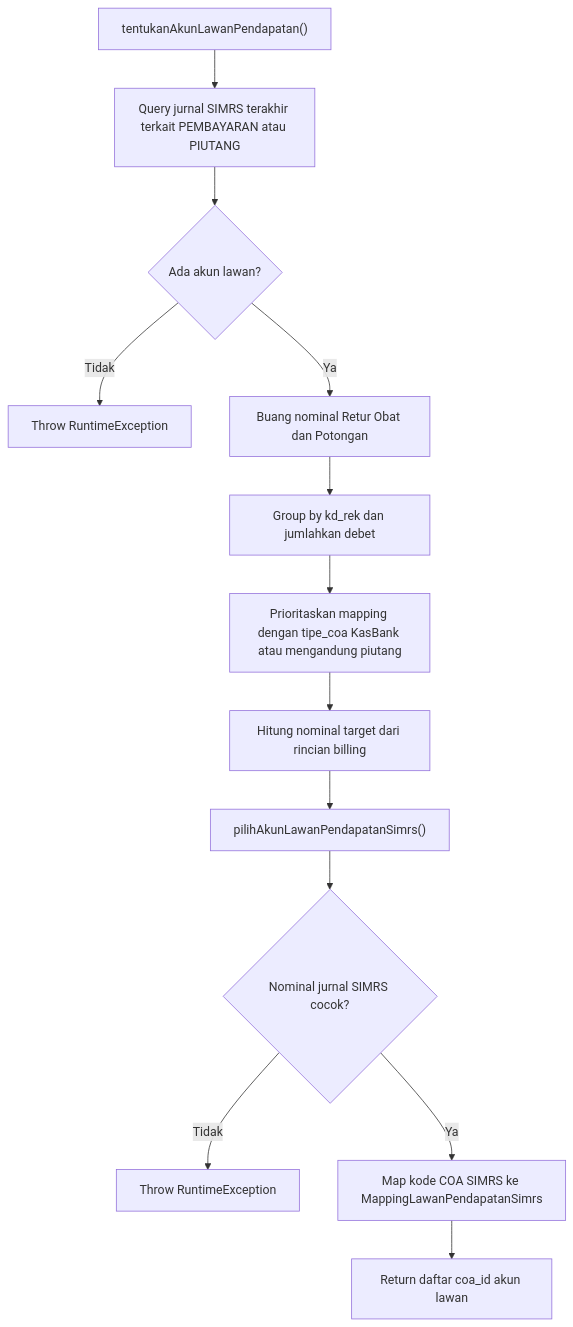
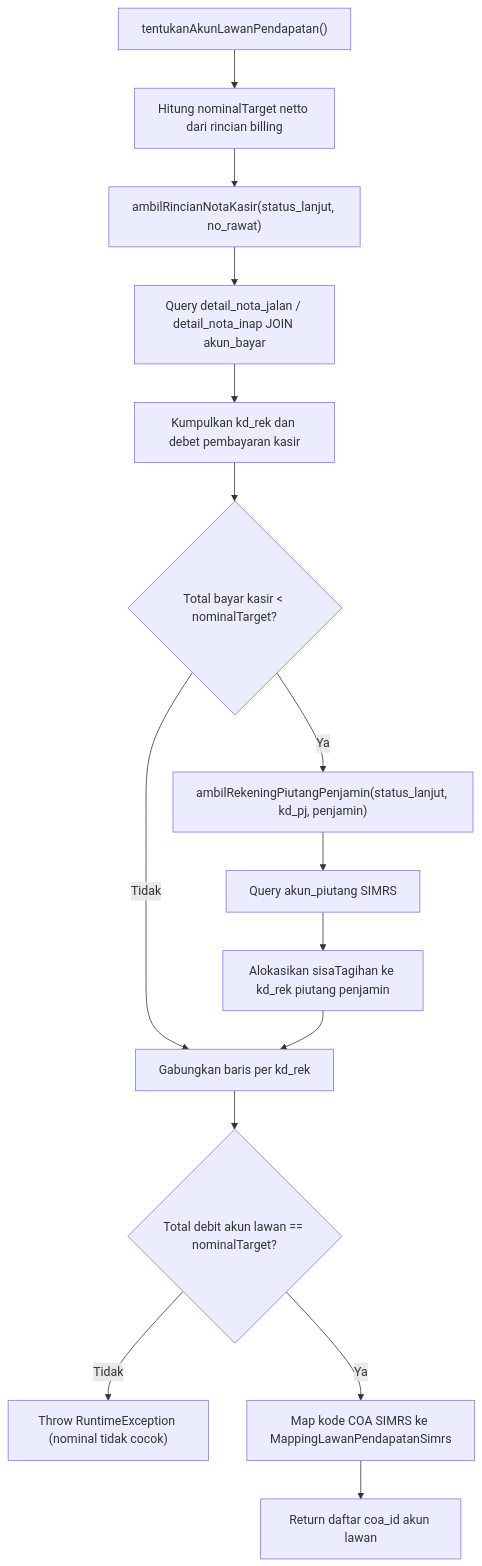
Before and after one commit to AltamaSidoarjo/laravel-siakurat-pt-smt: the fourth of 6 diagrams in dokumentasi/bridging-pendapatan.md, drawn with Mermaid. The commit also changed other lines of this file and 2 other files, not shown here.

Commit message:
feat(bridging): ambil akun lawan pendapatan dari cara bayar kasir dan piutang SIMRS
- Ganti pengambilan akun lawan dari jurnal SIMRS ke nota kasir dan piutang penjamin

- Dukung pembayaran multi-akun (split nota kasir dan sisa piutang)

- Terapkan validasi ketat kesesuaian total pembayaran dengan target billing

- Perbarui unit test dan dokumentasi bridging pendapatan

````diff
--- a/dokumentasi/bridging-pendapatan.md
+++ b/dokumentasi/bridging-pendapatan.md
@@ -174,15 +174,17 @@
 ```mermaid
 flowchart TD
-    A["tentukanAkunLawanPendapatan()"] --> B["Query jurnal SIMRS terakhir terkait PEMBAYARAN atau PIUTANG"]
-    B --> C{"Ada akun lawan?"}
-    C -- Tidak --> D["Throw RuntimeException"]
-    C -- Ya --> E["Buang nominal Retur Obat dan Potongan"]
-    E --> F["Group by kd_rek dan jumlahkan debet"]
-    F --> G["Prioritaskan mapping dengan tipe_coa KasBank atau mengandung piutang"]
-    G --> H["Hitung nominal target dari rincian billing"]
-    H --> I["pilihAkunLawanPendapatanSimrs()"]
-    I --> J{"Nominal jurnal SIMRS cocok?"}
-    J -- Tidak --> K["Throw RuntimeException"]
-    J -- Ya --> L["Map kode COA SIMRS ke MappingLawanPendapatanSimrs"]
-    L --> M["Return daftar coa_id akun lawan"]
+    A["tentukanAkunLawanPendapatan()"] --> B["Hitung nominalTarget netto dari rincian billing"]
+    B --> C["ambilRincianNotaKasir(status_lanjut, no_rawat)"]
+    C --> D["Query detail_nota_jalan / detail_nota_inap JOIN akun_bayar"]
+    D --> E["Kumpulkan kd_rek dan debet pembayaran kasir"]
+    E --> F{"Total bayar kasir < nominalTarget?"}
+    F -- Ya --> G["ambilRekeningPiutangPenjamin(status_lanjut, kd_pj, penjamin)"]
+    G --> H["Query akun_piutang SIMRS"]
+    H --> I["Alokasikan sisaTagihan ke kd_rek piutang penjamin"]
+    F -- Tidak --> J["Gabungkan baris per kd_rek"]
+    I --> J
+    J --> K{"Total debit akun lawan == nominalTarget?"}
+    K -- Tidak --> L["Throw RuntimeException (nominal tidak cocok)"]
+    K -- Ya --> M["Map kode COA SIMRS ke MappingLawanPendapatanSimrs"]
+    M --> N["Return daftar coa_id akun lawan"]
 ```
````
